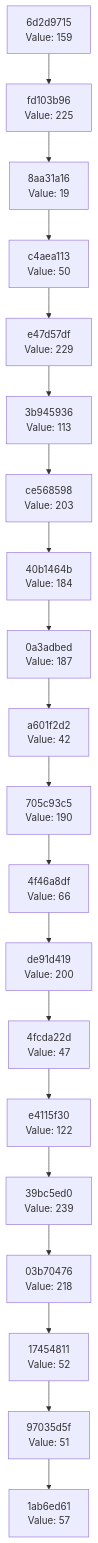
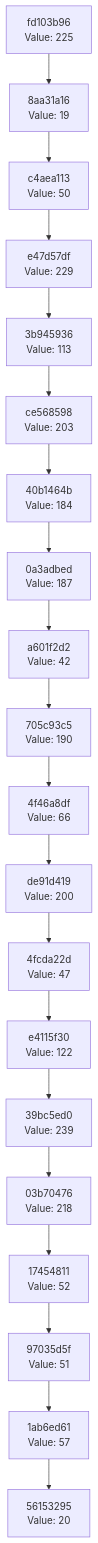
The diagram in docs/CHAIN_VISUALIZATION.md (Abhisheksinha1506/hash-chain-evolver), drawn with Mermaid before and after one commit. The commit also changed 3 other files, not shown here.

````diff
--- a/docs/CHAIN_VISUALIZATION.md
+++ b/docs/CHAIN_VISUALIZATION.md
@@ -3,42 +3,42 @@
 ```mermaid
 graph TD
-    C0["1ab6ed61<br/>Value: 57"]
-    C1["97035d5f<br/>Value: 51"]
+    C0["56153295<br/>Value: 20"]
+    C1["1ab6ed61<br/>Value: 57"]
     C1 --> C0
-    C2["17454811<br/>Value: 52"]
+    C2["97035d5f<br/>Value: 51"]
     C2 --> C1
-    C3["03b70476<br/>Value: 218"]
+    C3["17454811<br/>Value: 52"]
     C3 --> C2
-    C4["39bc5ed0<br/>Value: 239"]
+    C4["03b70476<br/>Value: 218"]
     C4 --> C3
-    C5["e4115f30<br/>Value: 122"]
+    C5["39bc5ed0<br/>Value: 239"]
     C5 --> C4
-    C6["4fcda22d<br/>Value: 47"]
+    C6["e4115f30<br/>Value: 122"]
     C6 --> C5
-    C7["de91d419<br/>Value: 200"]
+    C7["4fcda22d<br/>Value: 47"]
     C7 --> C6
-    C8["4f46a8df<br/>Value: 66"]
+    C8["de91d419<br/>Value: 200"]
     C8 --> C7
-    C9["705c93c5<br/>Value: 190"]
+    C9["4f46a8df<br/>Value: 66"]
     C9 --> C8
-    C10["a601f2d2<br/>Value: 42"]
+    C10["705c93c5<br/>Value: 190"]
     C10 --> C9
-    C11["0a3adbed<br/>Value: 187"]
+    C11["a601f2d2<br/>Value: 42"]
     C11 --> C10
-    C12["40b1464b<br/>Value: 184"]
+    C12["0a3adbed<br/>Value: 187"]
     C12 --> C11
-    C13["ce568598<br/>Value: 203"]
+    C13["40b1464b<br/>Value: 184"]
     C13 --> C12
-    C14["3b945936<br/>Value: 113"]
+    C14["ce568598<br/>Value: 203"]
     C14 --> C13
-    C15["e47d57df<br/>Value: 229"]
+    C15["3b945936<br/>Value: 113"]
     C15 --> C14
-    C16["c4aea113<br/>Value: 50"]
+    C16["e47d57df<br/>Value: 229"]
     C16 --> C15
-    C17["8aa31a16<br/>Value: 19"]
+    C17["c4aea113<br/>Value: 50"]
     C17 --> C16
-    C18["fd103b96<br/>Value: 225"]
+    C18["8aa31a16<br/>Value: 19"]
     C18 --> C17
-    C19["6d2d9715<br/>Value: 159"]
+    C19["fd103b96<br/>Value: 225"]
     C19 --> C18
 ```
````
